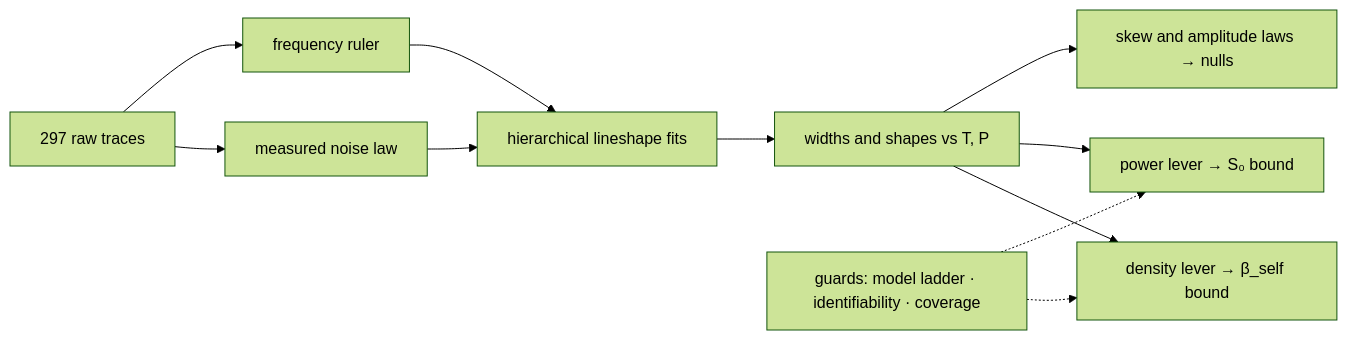
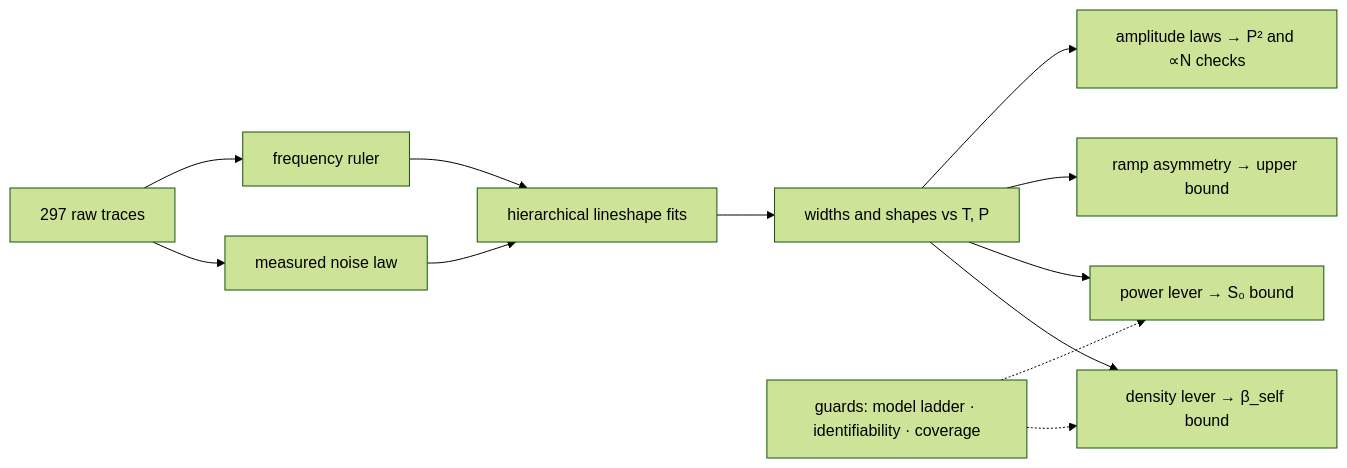
The diagram in README.md (MichelangeloDondi/Rb-5S-6S-analysis), drawn with Mermaid (forest theme) before and after one commit. The commit also changed other lines of this file and 1 other file, not shown here.

Commit message:
readme: the pipeline diagram called a bound and a confirmed law "nulls"
Reader challenge on the diagram node "skew and amplitude laws -> nulls".
Correct on both counts, by the repo's own pages:

- the ramp asymmetry is an upper bound (RESULTS C3c: below the SNR floor,
  consistent with zero; STYLE.md: bounds stay bounds) -- calling it a null
  claims a tested zero the archive cannot deliver;
- amplitude ~ P^2 is a CONFIRMED prediction -- the README's own results
  table, three sections later, says exactly that ("confirmed prediction").
  A confirmation is the opposite of a null.

The node is split into two branches labelled by what each actually delivers
(asymmetry -> upper bound; amplitude laws -> P^2 and prop-to-N checks), and
the framing sentence above the diagram gains the third category: "bounds,
nulls, and confirmed scaling laws".

Third instance of the result-type mislabel class (fig8's 0.4%-vs-0.45%
bound, C3a's prediction-as-observation). Guard added alongside the other
two, verified to reject the old wording and accept the new.

Full suite green (768 tests, --runslow).

````diff
--- a/README.md
+++ b/README.md
@@ -75,13 +76,14 @@
 ```mermaid
 flowchart LR
     T[297 raw traces] --> N[measured noise law]
     T --> K[frequency ruler]
     N --> F[hierarchical lineshape fits]
     K --> F
     F --> W[widths and shapes vs T, P]
     W --> D[density lever → β_self bound]
     W --> P[power lever → S₀ bound]
-    W --> S[skew and amplitude laws → nulls]
+    W --> S[ramp asymmetry → upper bound]
+    W --> A[amplitude laws → P² and ∝N checks]
     G[guards: model ladder · identifiability · coverage] -.-> D
     G -.-> P
 ```
````
